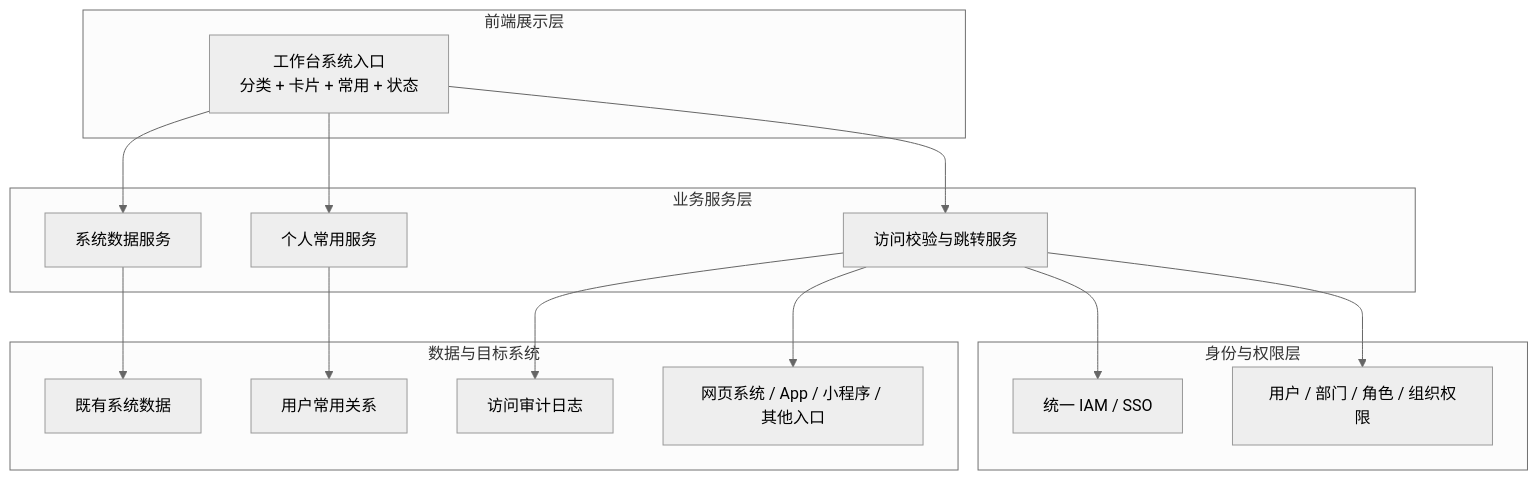
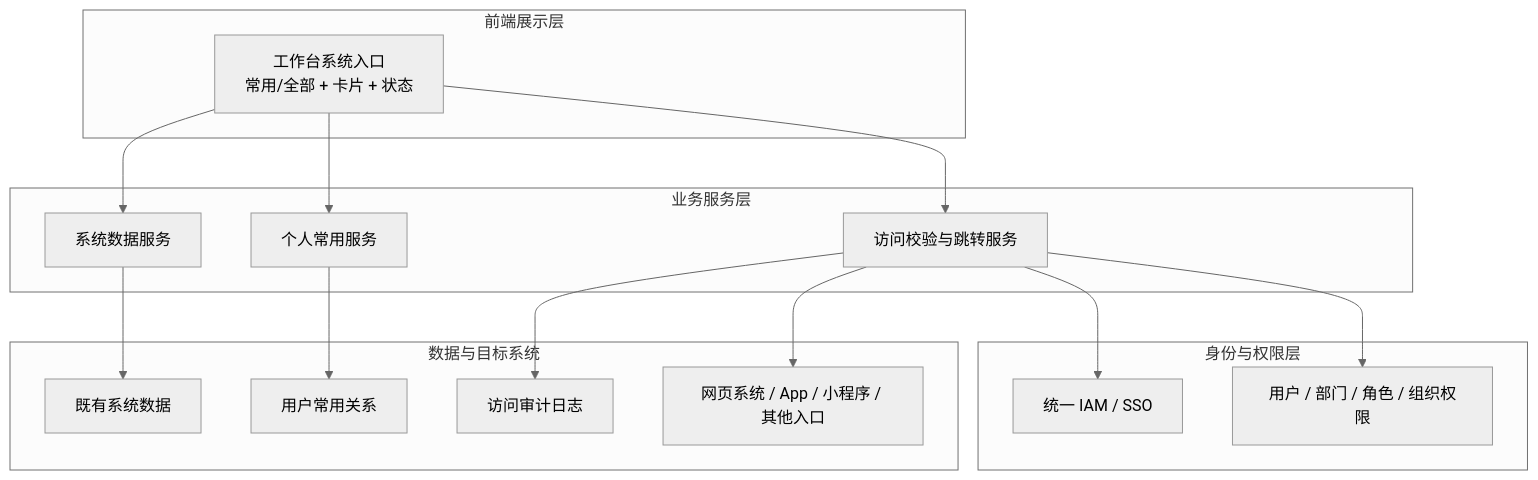
Before and after one commit to fri555/PORTL: the first of 6 diagrams in docs/需求文档/20260716-【PRD】AI工作台-系统入口-天马智擎.md, drawn with Mermaid (neutral theme). The commit also changed other lines of this file, not shown here.

```diff
--- a/docs/需求文档/20260716-【PRD】AI工作台-系统入口-天马智擎.md
+++ b/docs/需求文档/20260716-【PRD】AI工作台-系统入口-天马智擎.md
@@ -229,34 +228,34 @@
 ~~~mermaid
 graph TB
     subgraph L1["前端展示层"]
-        A["工作台系统入口<br/>分类 + 卡片 + 常用 + 状态"]
+        A["工作台系统入口<br/>常用/全部 + 卡片 + 状态"]
     end
 
     subgraph L2["业务服务层"]
         B["系统数据服务"]
         C["个人常用服务"]
         D["访问校验与跳转服务"]
     end
 
     subgraph L3["身份与权限层"]
         E["统一 IAM / SSO"]
         F["用户 / 部门 / 角色 / 组织权限"]
     end
 
     subgraph L4["数据与目标系统"]
         G["既有系统数据"]
         H["用户常用关系"]
         I["访问审计日志"]
         J["网页系统 / App / 小程序 / 其他入口"]
     end
 
     A --> B
     A --> C
     A --> D
     B --> G
     C --> H
     D --> E
     D --> F
     D --> I
     D --> J
 ~~~
```
